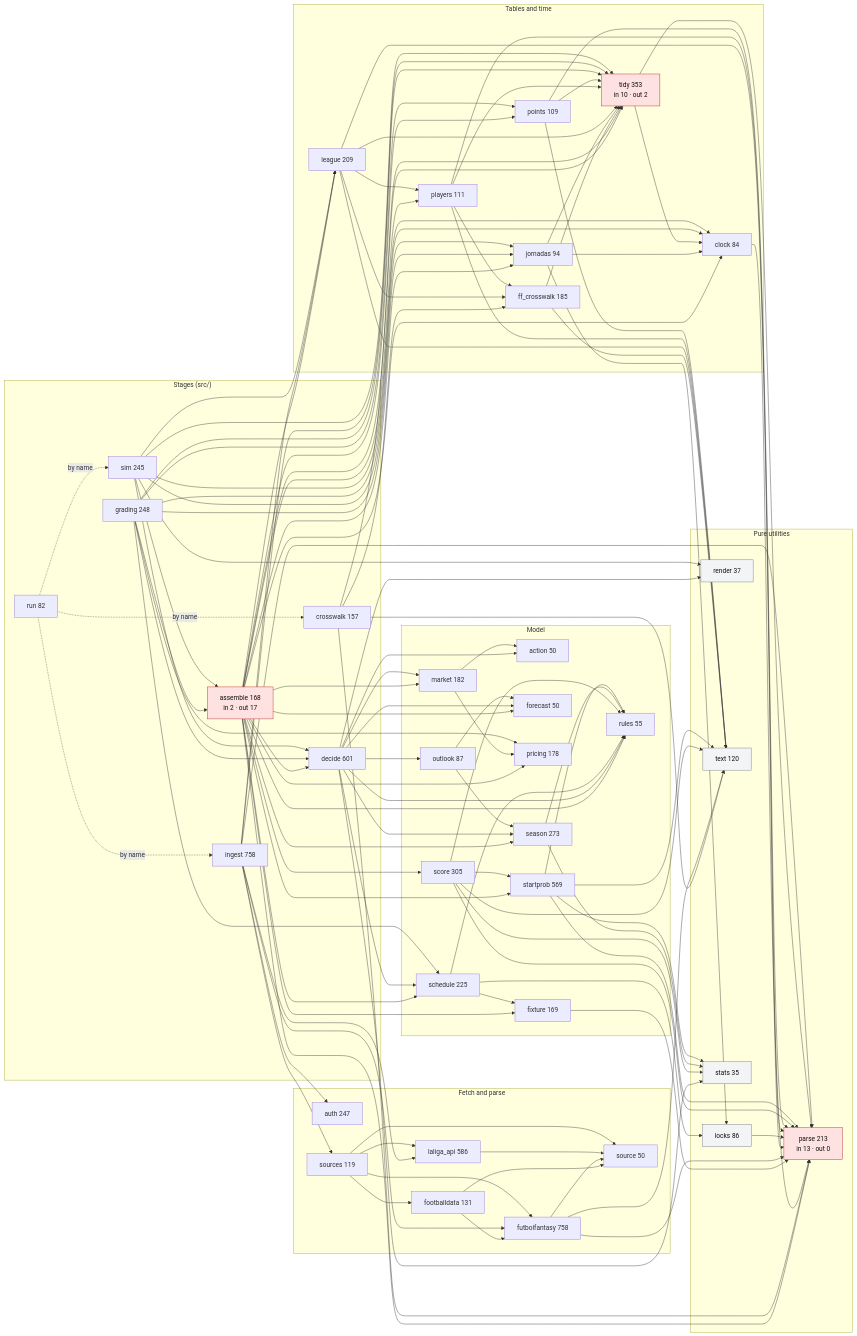
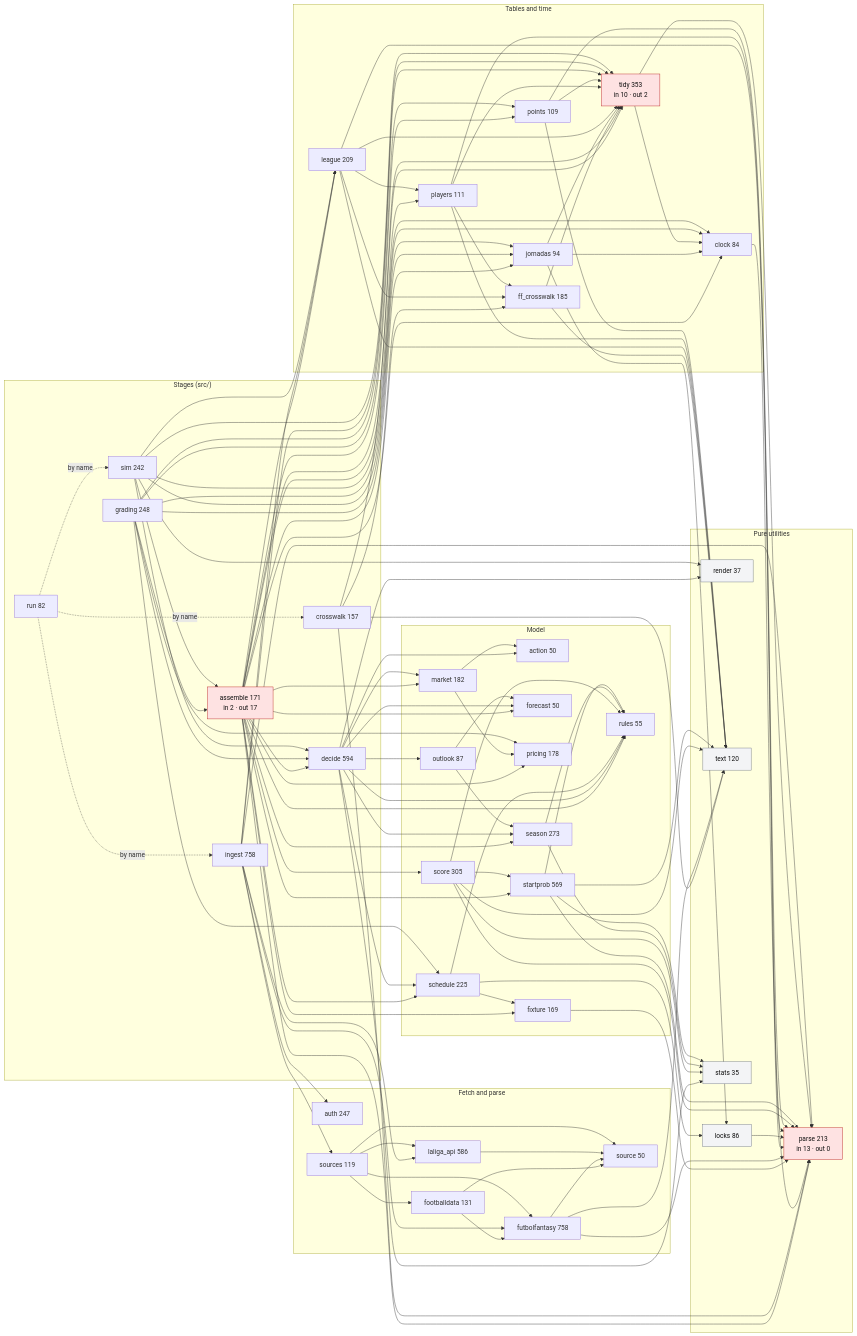
Before and after one commit to OrsM/liga_five_guys: the diagram in docs/modules.mmd, drawn with Mermaid. The commit also changed 4 other files, not shown here.

```diff
--- a/docs/modules.mmd
+++ b/docs/modules.mmd
@@ -1,154 +1,154 @@
 flowchart LR
     classDef hub fill:#fee2e2,stroke:#b91c1c,color:#111
     classDef leaf fill:#f3f4f6,stroke:#6b7280,color:#111
     subgraph stages["Stages (src/)"]
-        assemble["assemble 168<br/>in 2 · out 17"]:::hub
+        assemble["assemble 171<br/>in 2 · out 17"]:::hub
         crosswalk["crosswalk 157"]
-        decide["decide 601"]
+        decide["decide 594"]
         grading["grading 248"]
         ingest["ingest 758"]
         run["run 82"]
-        sim["sim 245"]
+        sim["sim 242"]
     end
     subgraph fetch["Fetch and parse"]
         auth["auth 247"]
         footballdata["footballdata 131"]
         futbolfantasy["futbolfantasy 758"]
         laliga_api["laliga_api 586"]
         source["source 50"]
         sources["sources 119"]
     end
     subgraph data["Tables and time"]
         clock["clock 84"]
         ff_crosswalk["ff_crosswalk 185"]
         jornadas["jornadas 94"]
         league["league 209"]
         players["players 111"]
         points["points 109"]
         tidy["tidy 353<br/>in 10 · out 2"]:::hub
     end
     subgraph model["Model"]
         action["action 50"]
         fixture["fixture 169"]
         forecast["forecast 50"]
         market["market 182"]
         outlook["outlook 87"]
         pricing["pricing 178"]
         rules["rules 55"]
         schedule["schedule 225"]
         score["score 305"]
         season["season 273"]
         startprob["startprob 569"]
     end
     subgraph util["Pure utilities"]
         locks["locks 86"]:::leaf
         parse["parse 213<br/>in 13 · out 0"]:::hub
         render["render 37"]:::leaf
         text["text 120"]:::leaf
         stats["stats 35"]:::leaf
     end
     run -. "by name" .-> ingest
     run -. "by name" .-> crosswalk
     run -. "by name" .-> sim
     assemble --> decide
     assemble --> clock
     assemble --> fixture
     assemble --> forecast
     assemble --> jornadas
     assemble --> league
     assemble --> market
     assemble --> parse
     assemble --> players
     assemble --> points
     assemble --> pricing
     assemble --> rules
     assemble --> schedule
     assemble --> score
     assemble --> season
     assemble --> startprob
     assemble --> tidy
     crosswalk --> ff_crosswalk
     crosswalk --> parse
     crosswalk --> text
     crosswalk --> tidy
     decide --> action
     decide --> forecast
     decide --> market
     decide --> outlook
     decide --> render
     decide --> rules
     decide --> schedule
     decide --> season
     decide --> stats
     clock --> parse
     ff_crosswalk --> text
     ff_crosswalk --> tidy
     fixture --> parse
     footballdata --> futbolfantasy
     footballdata --> source
     futbolfantasy --> parse
     futbolfantasy --> source
     futbolfantasy --> text
     jornadas --> clock
     jornadas --> locks
     jornadas --> tidy
     laliga_api --> source
     league --> ff_crosswalk
     league --> parse
     league --> players
     league --> text
     league --> tidy
     locks --> parse
     market --> action
     market --> pricing
     outlook --> forecast
     outlook --> season
     players --> ff_crosswalk
     players --> parse
     players --> text
     players --> tidy
     points --> parse
     points --> text
     points --> tidy
     schedule --> fixture
     schedule --> locks
     schedule --> rules
     score --> parse
     score --> rules
     score --> startprob
     score --> text
     score --> stats
     season --> rules
     season --> stats
     startprob --> parse
     startprob --> rules
     startprob --> text
     startprob --> stats
     tidy --> clock
     tidy --> parse
     grading --> assemble
     grading --> decide
     grading --> clock
     grading --> jornadas
     grading --> points
     grading --> pricing
     grading --> schedule
     grading --> tidy
     ingest --> auth
     ingest --> futbolfantasy
     ingest --> laliga_api
     ingest --> league
     ingest --> parse
     ingest --> tidy
     ingest --> sources
     sim --> assemble
     sim --> decide
     sim --> clock
     sim --> jornadas
     sim --> league
     sim --> render
     sim --> tidy
     sources --> footballdata
     sources --> futbolfantasy
     sources --> laliga_api
     sources --> source
```
